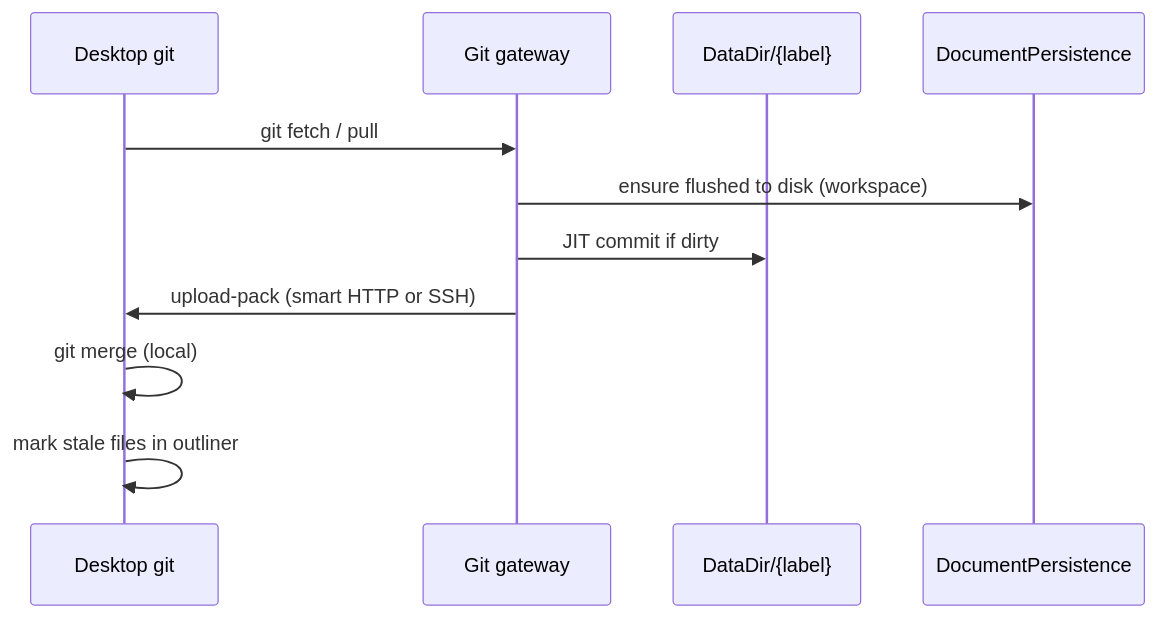
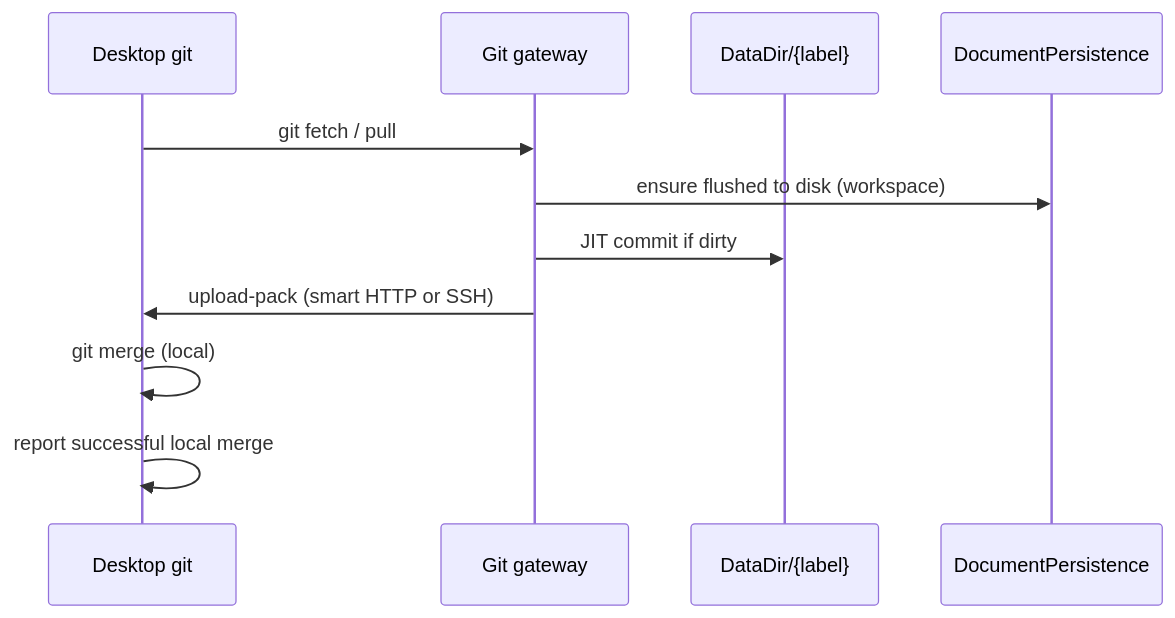
Before and after one commit to abaljeu/ambit: the first of 2 diagrams in doc/roadmap/git-sync-gateway.md, drawn with Mermaid. The commit also changed other lines of this file and 22 other files, not shown here.

````diff
--- a/doc/roadmap/git-sync-gateway.md
+++ b/doc/roadmap/git-sync-gateway.md
@@ -71,15 +71,15 @@
 ```mermaid
 %%{init: {'themeVariables': {'fontSize': '20px'}}}%%
 sequenceDiagram
   participant Client as Desktop git
   participant GW as Git gateway
   participant FS as DataDir/{label}
   participant DP as DocumentPersistence
 
   Client->>GW: git fetch / pull
   GW->>DP: ensure flushed to disk (workspace)
   GW->>FS: JIT commit if dirty
   GW->>Client: upload-pack (smart HTTP or SSH)
   Client->>Client: git merge (local)
-  Client->>Client: mark stale files in outliner
+  Client->>Client: report successful local merge
 ```
````
